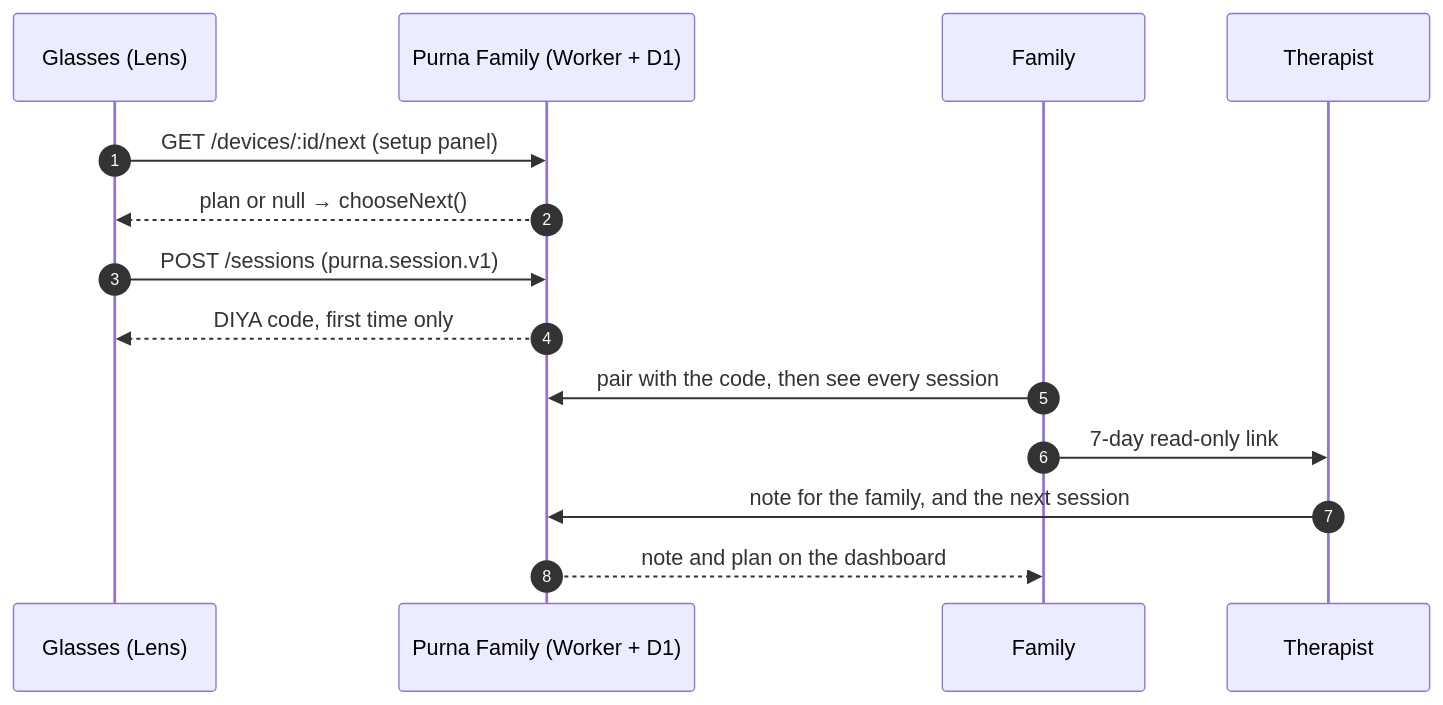
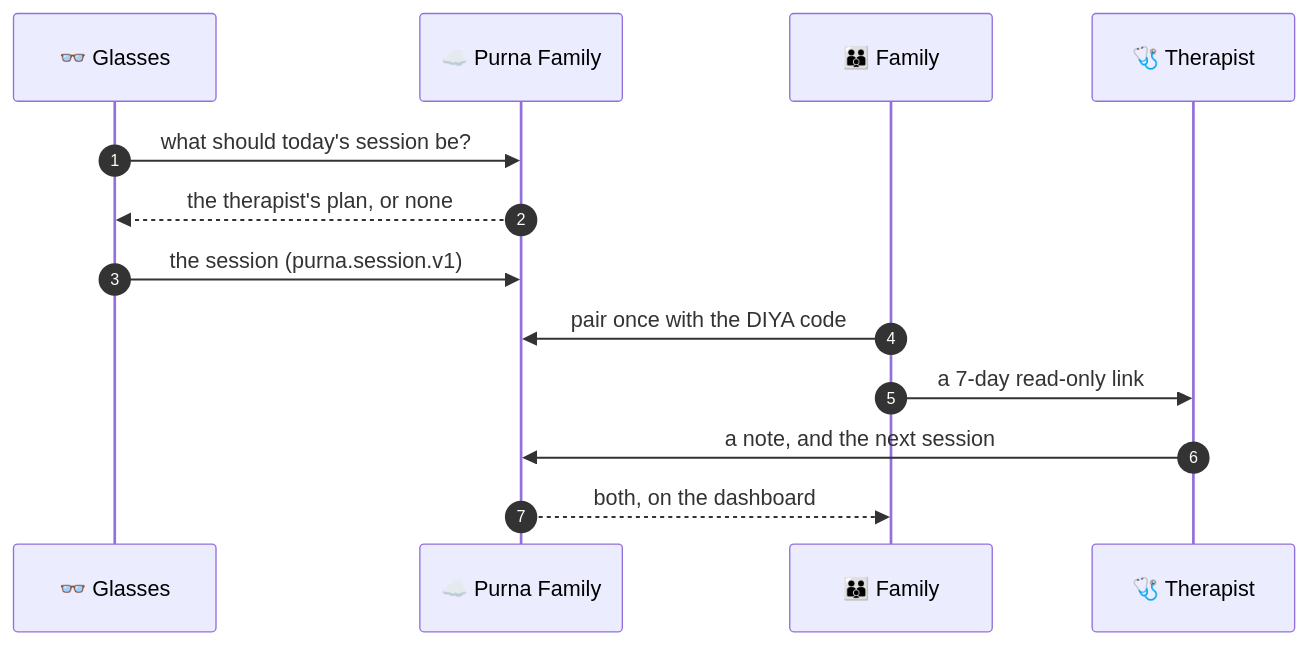
The first of 2 diagrams in README.md (harshbhx/purna), drawn with Mermaid before and after one commit. The commit also changed other lines of this file and 21 other files, not shown here.

````diff
--- a/README.md
+++ b/README.md
@@ -68,16 +103,15 @@
 ```mermaid
 sequenceDiagram
     autonumber
-    participant G as Glasses (Lens)
-    participant W as Purna Family (Worker + D1)
-    participant F as Family
-    participant T as Therapist
-    G->>W: GET /devices/:id/next (setup panel)
-    W-->>G: plan or null → chooseNext()
-    G->>W: POST /sessions (purna.session.v1)
-    W-->>G: DIYA code, first time only
-    F->>W: pair with the code, then see every session
-    F->>T: 7-day read-only link
-    T->>W: note for the family, and the next session
-    W-->>F: note and plan on the dashboard
+    participant G as 👓 Glasses
+    participant W as ☁️ Purna Family
+    participant F as 👪 Family
+    participant T as 🩺 Therapist
+    G->>W: what should today's session be?
+    W-->>G: the therapist's plan, or none
+    G->>W: the session (purna.session.v1)
+    F->>W: pair once with the DIYA code
+    F->>T: a 7-day read-only link
+    T->>W: a note, and the next session
+    W-->>F: both, on the dashboard
 ```
````
